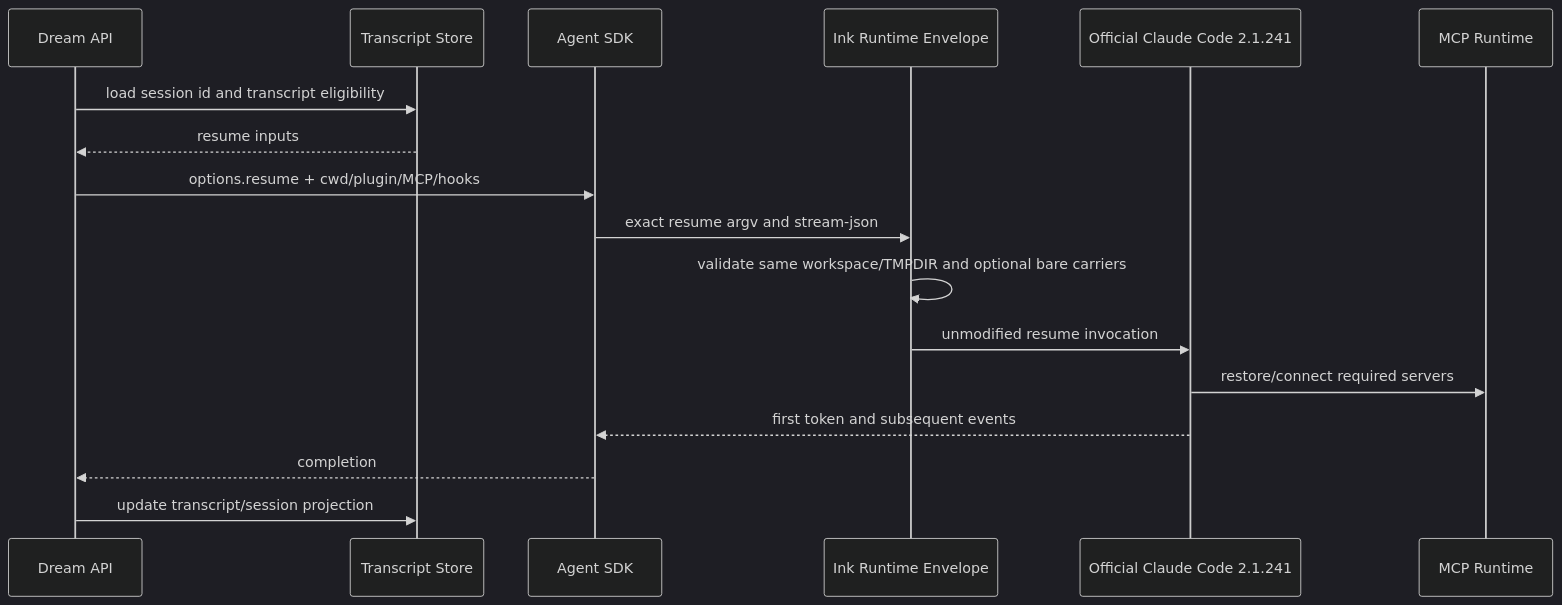
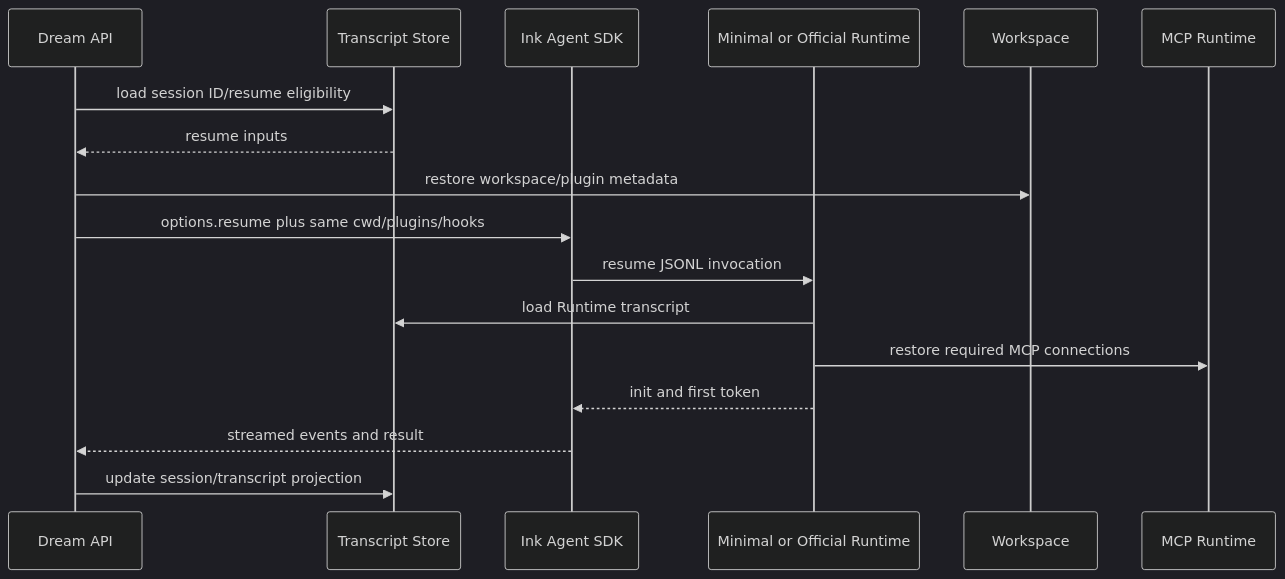
Before and after one commit to glide-the/ink-claude-code-dream: the second of 3 diagrams in docs/design/claude-code-runtime-minimalization.md, drawn with Mermaid (dark theme). The commit also changed other lines of this file and 54 other files, not shown here.

Commit message:
feat: build pruned Claude runtime package

````diff
--- a/docs/design/claude-code-runtime-minimalization.md
+++ b/docs/design/claude-code-runtime-minimalization.md
@@ -122,19 +97,19 @@
 ```mermaid
 sequenceDiagram
     participant A as Dream API
     participant T as Transcript Store
-    participant S as Agent SDK
-    participant W as Ink Runtime Envelope
-    participant C as Official Claude Code 2.1.241
+    participant S as Ink Agent SDK
+    participant R as Minimal or Official Runtime
+    participant W as Workspace
     participant M as MCP Runtime
-    A->>T: load session id and transcript eligibility
+    A->>T: load session ID/resume eligibility
     T-->>A: resume inputs
-    A->>S: options.resume + cwd/plugin/MCP/hooks
-    S->>W: exact resume argv and stream-json
-    W->>W: validate same workspace/TMPDIR and optional bare carriers
-    W->>C: unmodified resume invocation
-    C->>M: restore/connect required servers
-    C-->>S: first token and subsequent events
-    S-->>A: completion
-    A->>T: update transcript/session projection
+    A->>W: restore workspace/plugin metadata
+    A->>S: options.resume plus same cwd/plugins/hooks
+    S->>R: resume JSONL invocation
+    R->>T: load Runtime transcript
+    R->>M: restore required MCP connections
+    R-->>S: init and first token
+    S-->>A: streamed events and result
+    A->>T: update session/transcript projection
 ```
````
